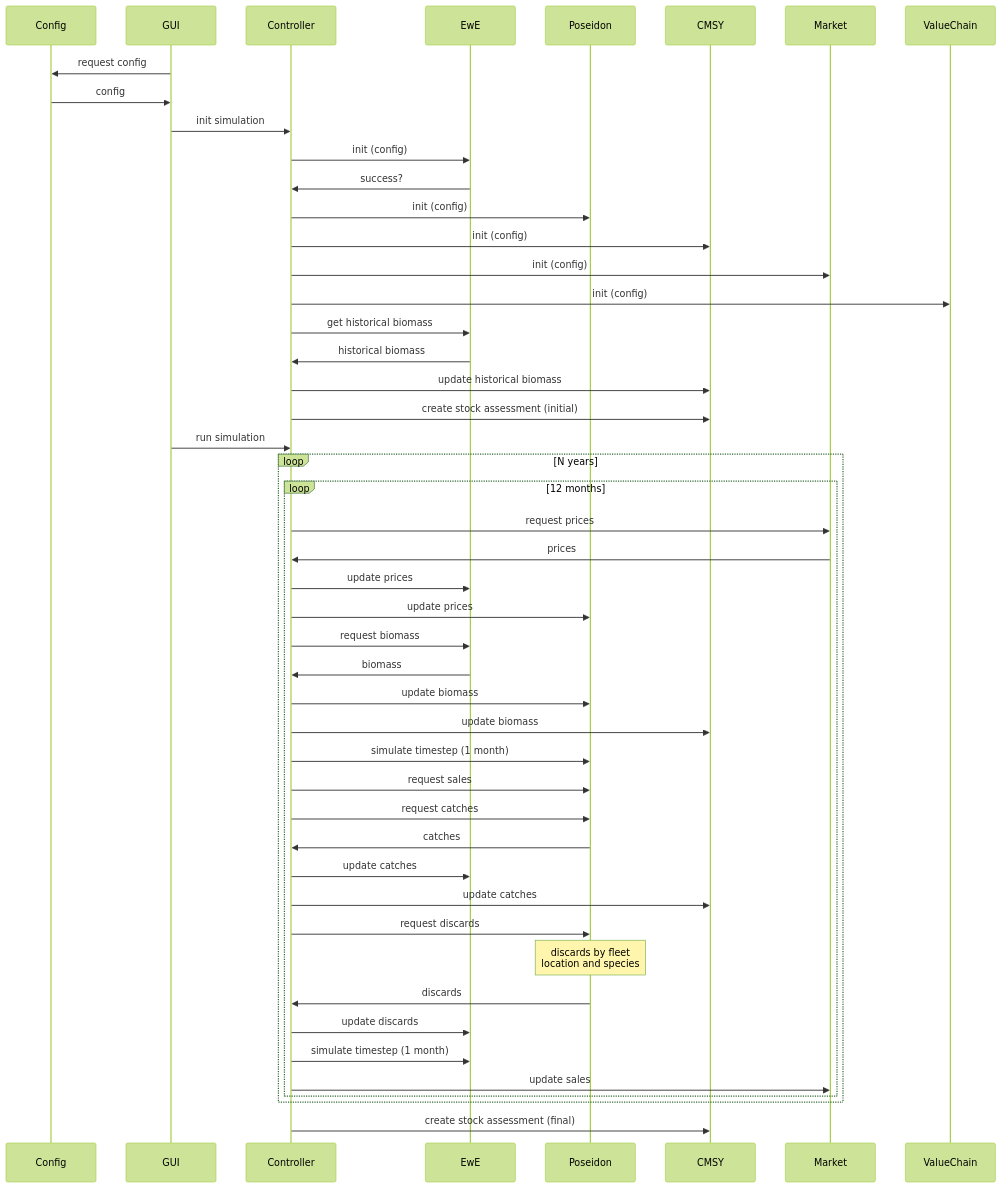
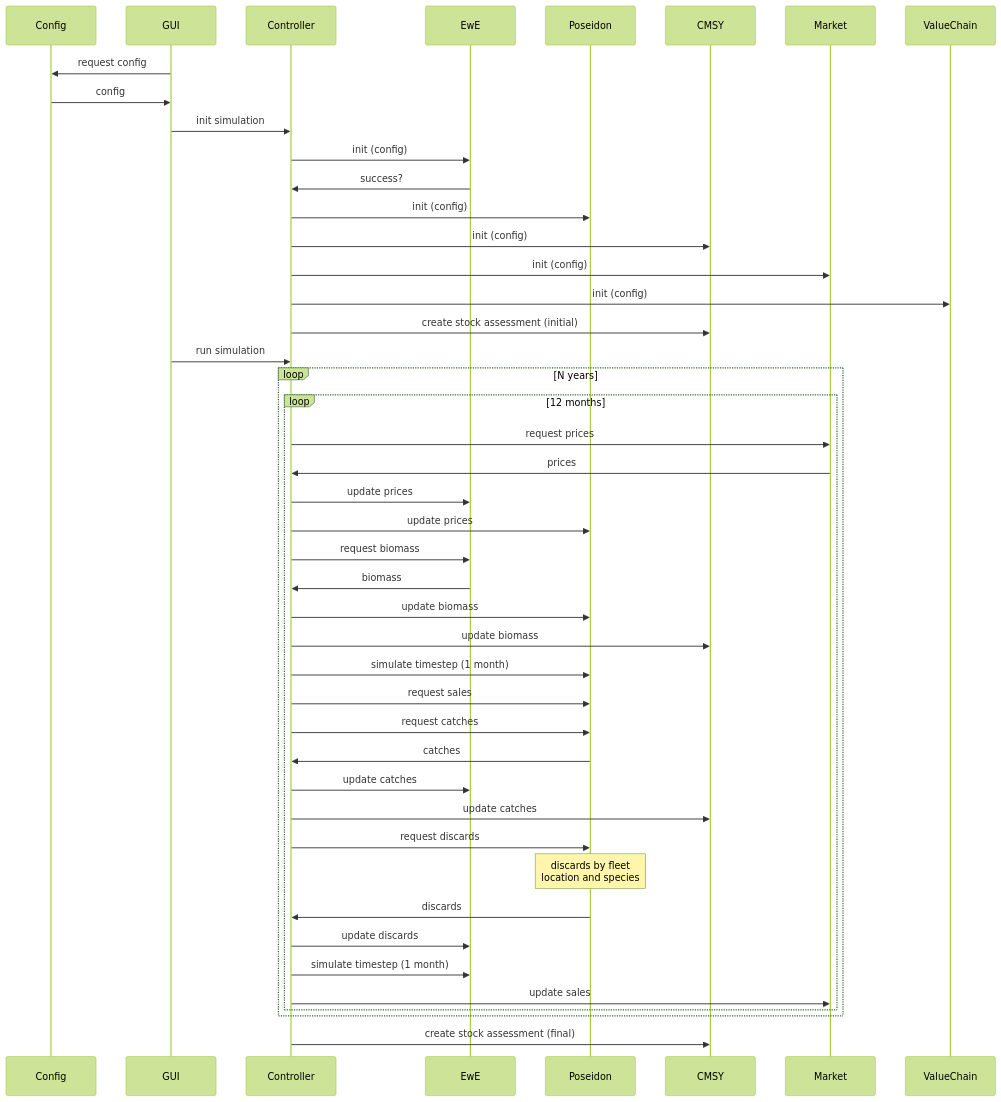
One commit to SURIMI-Project/SURIMI-project changed the diagram in SequenceDiagram.md. Above: the diagram before and after it, drawn with Mermaid (forest theme).

````diff
--- a/SequenceDiagram.md
+++ b/SequenceDiagram.md
@@ -3,61 +3,58 @@
 ```mermaid
 
  sequenceDiagram
 
     participant Config
     participant GUI
     participant Controller
     participant EwE
     participant Poseidon
     participant CMSY
     participant Market
     participant ValueChain
 
     %% Initialization %%
     %% this is the init %%
     GUI ->> Config: request config
     Config ->> GUI: config
     GUI ->> Controller: init simulation
 
     Controller ->> EwE: init (config)
     EwE ->> Controller: success?
     Controller ->> Poseidon: init (config)
     Controller ->> CMSY: init (config)
     Controller ->> Market: init (config)
     Controller ->> ValueChain: init (config)
 
-    Controller ->> EwE: get historical biomass
-    EwE ->> Controller: historical biomass
-    Controller ->> CMSY: update historical biomass
     Controller ->> CMSY: create stock assessment (initial)
 
     %% Simulation %%
     %% starting the simulation %%
     GUI ->> Controller: run simulation
 
     loop N years
         loop 12 months
             Controller ->> Market: request prices
             Market ->> Controller: prices
             Controller ->> EwE: update prices
             Controller ->> Poseidon: update prices
             Controller ->> EwE: request biomass
             EwE ->> Controller: biomass
             Controller ->> Poseidon: update biomass
             Controller ->> CMSY: update biomass
             Controller ->> Poseidon: simulate timestep (1 month)
             Controller ->> Poseidon: request sales
             Controller ->> Poseidon: request catches
             Poseidon ->> Controller: catches
             Controller ->> EwE: update catches
             Controller ->> CMSY: update catches
             Controller ->> Poseidon: request discards
             Note over Poseidon: discards by fleet<br/> location and species
             Poseidon ->> Controller: discards
             Controller ->> EwE: update discards
             Controller ->> EwE: simulate timestep (1 month)
             Controller ->> Market: update sales
         end
     end
     Controller ->> CMSY: create stock assessment (final) 
 ```
````
